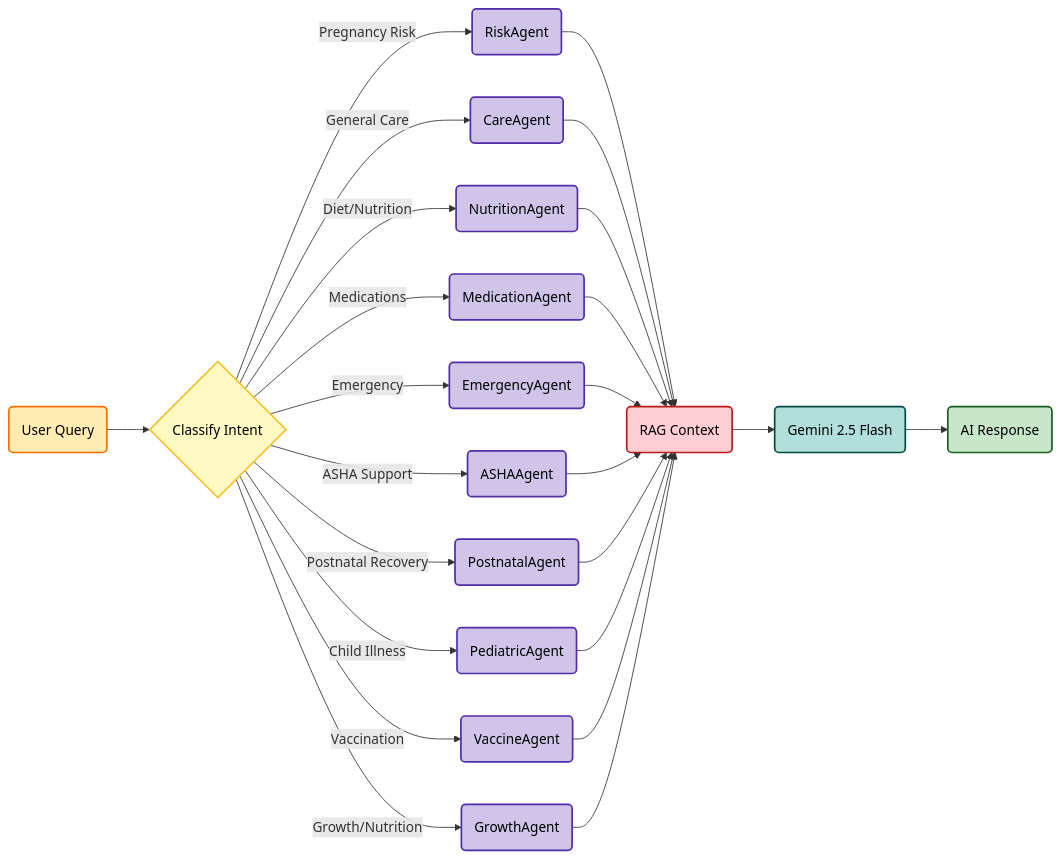
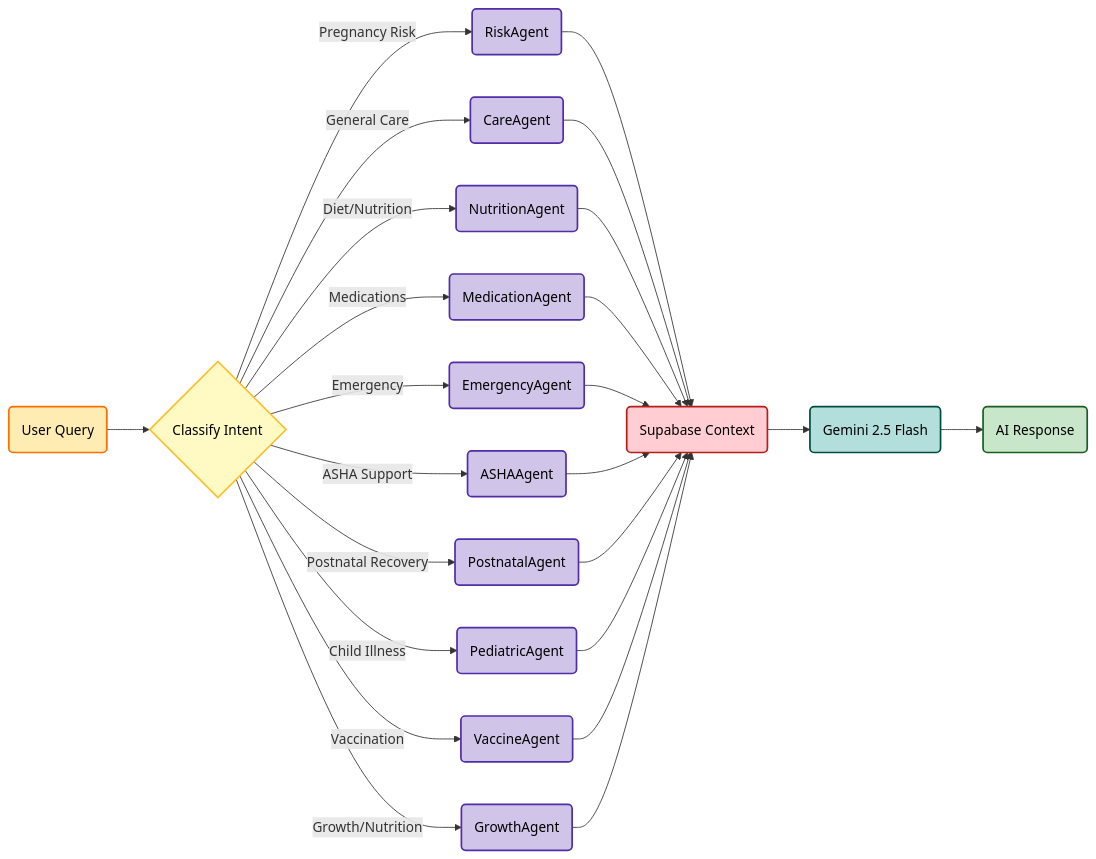
The second of 8 diagrams in README.md (AIUtsavBot/aanchal_ai), drawn with Mermaid before and after one commit. The commit also changed other lines of this file and 25 other files, not shown here.

````diff
--- a/README.md
+++ b/README.md
@@ -138,37 +146,37 @@
 ```mermaid
 graph LR
     %% Styles
     classDef trigger fill:#ffecb3,stroke:#ff6f00,stroke-width:2px,color:black
     classDef decision fill:#fff9c4,stroke:#fbc02d,stroke-width:2px,color:black
     classDef agent fill:#d1c4e9,stroke:#512da8,stroke-width:2px,color:black
-    classDef rag fill:#ffcdd2,stroke:#b71c1c,stroke-width:2px,color:black
+    classDef context fill:#ffcdd2,stroke:#b71c1c,stroke-width:2px,color:black
     classDef llm fill:#b2dfdb,stroke:#004d40,stroke-width:2px,color:black
     classDef output fill:#c8e6c9,stroke:#1b5e20,stroke-width:2px,color:black
 
     Query(User Query):::trigger --> Classify{Classify Intent}:::decision
     
     Classify -->|Pregnancy Risk| Risk(RiskAgent):::agent
     Classify -->|General Care| Care(CareAgent):::agent
     Classify -->|Diet/Nutrition| Nutrition(NutritionAgent):::agent
     Classify -->|Medications| Medication(MedicationAgent):::agent
     Classify -->|Emergency| Emergency(EmergencyAgent):::agent
     Classify -->|ASHA Support| ASHA(ASHAAgent):::agent
     Classify -->|Postnatal Recovery| Postnatal(PostnatalAgent):::agent
     Classify -->|Child Illness| Pediatric(PediatricAgent):::agent
     Classify -->|Vaccination| Vaccine(VaccineAgent):::agent
     Classify -->|Growth/Nutrition| Growth(GrowthAgent):::agent
     
-    Risk --> RAG(RAG Context):::rag
-    Care --> RAG
-    Nutrition --> RAG
-    Medication --> RAG
-    Emergency --> RAG
-    ASHA --> RAG
-    Postnatal --> RAG
-    Pediatric --> RAG
-    Vaccine --> RAG
-    Growth --> RAG
+    Risk --> Context(Supabase Context):::context
+    Care --> Context
+    Nutrition --> Context
+    Medication --> Context
+    Emergency --> Context
+    ASHA --> Context
+    Postnatal --> Context
+    Pediatric --> Context
+    Vaccine --> Context
+    Growth --> Context
     
-    RAG --> Gemini(Gemini 2.5 Flash):::llm
+    Context --> Gemini(Gemini 2.5 Flash):::llm
     Gemini --> Response(AI Response):::output
 ```
````
